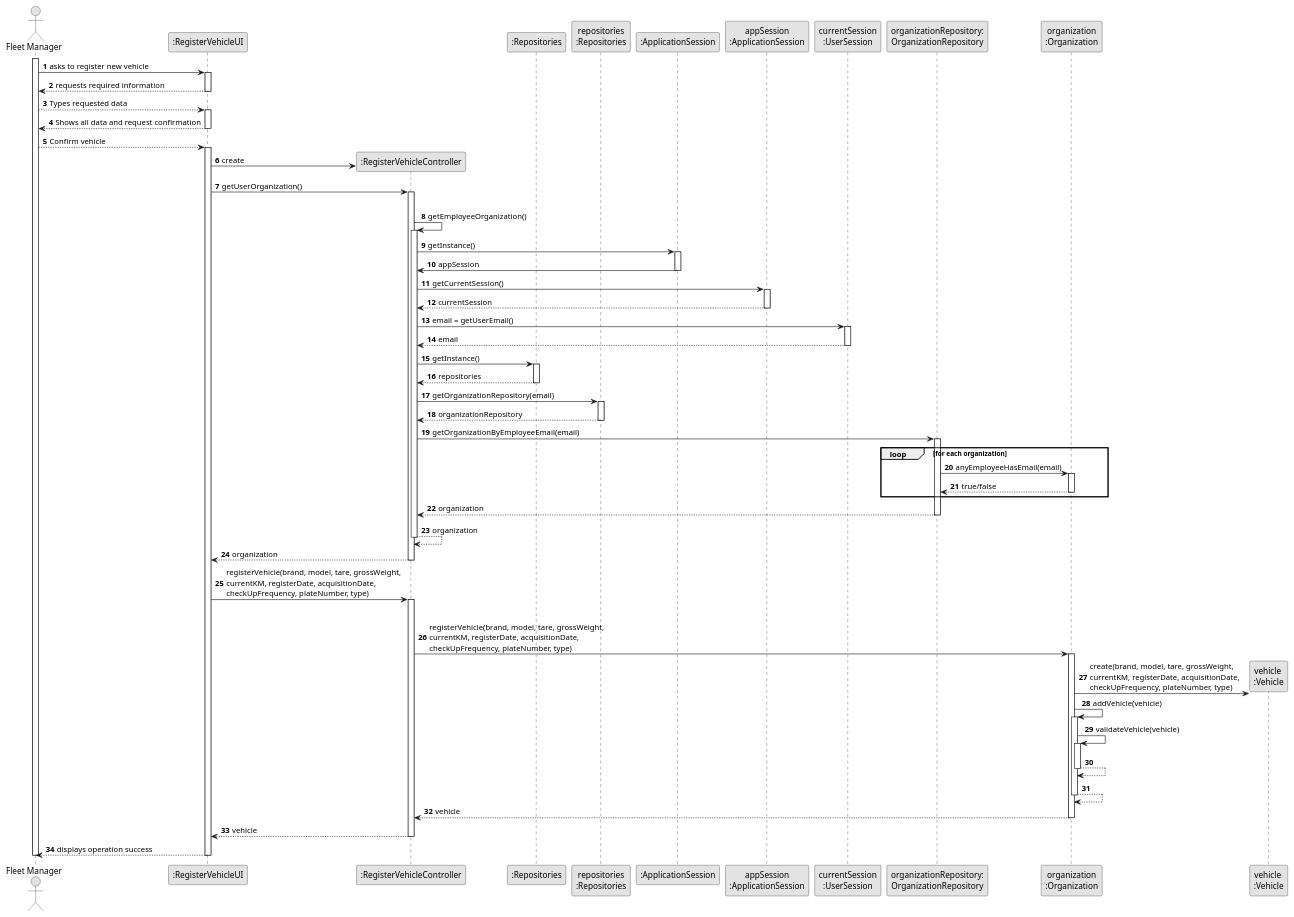
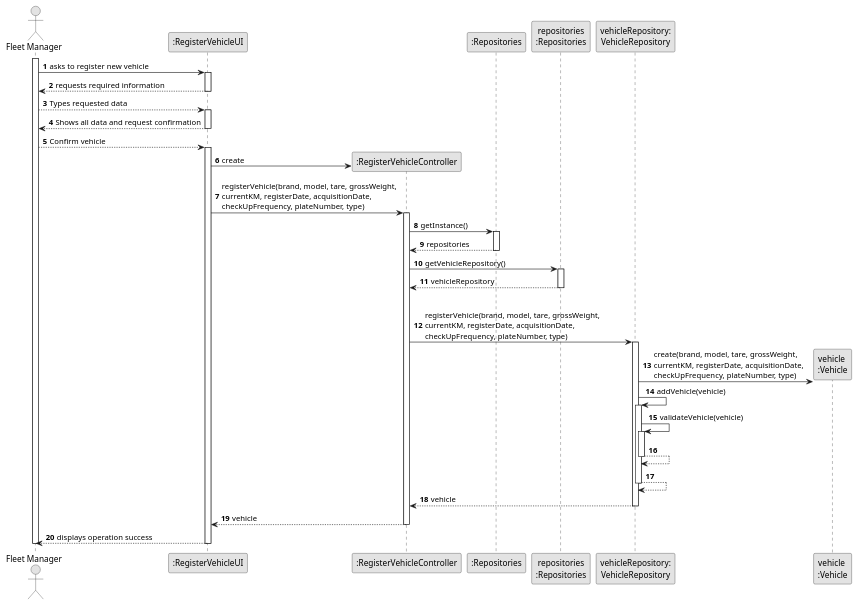
One commit to Departamento-de-Engenharia-Informatica/lei-24-s2-1dkl-g134 changed the diagram in docs/sprintB/us006/03.design/puml/us006-sequence-diagram-full.puml. Above: the diagram before and after it, drawn with PlantUML. The commit also changed 2 other files, not shown here.

```diff
--- a/docs/sprintB/us006/03.design/puml/us006-sequence-diagram-full.puml
+++ b/docs/sprintB/us006/03.design/puml/us006-sequence-diagram-full.puml
@@ -1,140 +1,88 @@
 @startuml
 skinparam monochrome true
 skinparam packageStyle rectangle
 skinparam shadowing false
 
 autonumber
 
 'hide footbox
 actor "Fleet Manager" as ADM
 participant ":RegisterVehicleUI" as UI
 participant ":RegisterVehicleController" as CTRL
 participant ":Repositories" as RepositorySingleton
 participant "repositories\n:Repositories" as PLAT
-participant ":ApplicationSession" as _APP
-participant "appSession\n:ApplicationSession" as APP
-participant "currentSession\n:UserSession" as SESSAO
-participant "organizationRepository:\nOrganizationRepository" as OrganizationRepository
-participant "organization\n:Organization" as ORG
+participant "vehicleRepository:\nVehicleRepository" as VehicleRepository
 participant "vehicle \n:Vehicle" as VEHICLE
 
 activate ADM
 
         ADM -> UI : asks to register new vehicle
 
         activate UI
 
 '            UI --> ADM : requests data (reference, description,  informal \n description, technical description, duration, cost)
             'create CTRL
 
             UI --> ADM : requests required information
 
          deactivate UI
 
             ADM --> UI : Types requested data
 
          activate UI
 
            UI --> ADM : Shows all data and request confirmation
 
          deactivate UI
 
             ADM --> UI : Confirm vehicle
 
         activate UI
 
 '            UI --> ADM : requests data (reference, description,  informal \n description, technical description, duration, cost)
             'create CTRL
             UI -> CTRL** : create
 
-            UI -> CTRL : getUserOrganization()
-            activate CTRL
-
-                |||
-                CTRL -> CTRL : getEmployeeOrganization()
-                activate CTRL
-
-                    CTRL -> _APP: getInstance()
-                    activate _APP
-                        _APP -> CTRL: appSession
-                    deactivate _APP
-
-
-                    CTRL -> APP: getCurrentSession()
-                    activate APP
-
-                        APP --> CTRL: currentSession
-                    deactivate APP
-
-                    CTRL -> SESSAO: email = getUserEmail()
-                    activate SESSAO
-
-                        SESSAO --> CTRL: email
-                    deactivate SESSAO
-
-                    CTRL -> RepositorySingleton: getInstance()
-                    activate RepositorySingleton
-
-                    RepositorySingleton --> CTRL: repositories
-                    deactivate RepositorySingleton
-
-                    CTRL -> PLAT: getOrganizationRepository(email)
-                    activate PLAT
-
-                        PLAT --> CTRL: organizationRepository
-                    deactivate PLAT
-
-
-                    CTRL -> OrganizationRepository: getOrganizationByEmployeeEmail(email)
-                    activate OrganizationRepository
-
-                        loop for each organization
-
-                            OrganizationRepository -> ORG : anyEmployeeHasEmail(email)
-                            activate ORG
-
-                                 ORG --> OrganizationRepository : true/false
-                            deactivate ORG
-                        end
-                        OrganizationRepository --> CTRL : organization
-                    deactivate OrganizationRepository
-
-                    CTRL --> CTRL : organization
-                deactivate CTRL
-
-                CTRL --> UI : organization
-            deactivate CTRL
-
-
         UI -> CTRL : registerVehicle(brand, model, tare, grossWeight,\ncurrentKM, registerDate, acquisitionDate,\ncheckUpFrequency, plateNumber, type)
         activate CTRL
 
+            CTRL -> RepositorySingleton: getInstance()
+            activate RepositorySingleton
+
+            RepositorySingleton --> CTRL: repositories
+            deactivate RepositorySingleton
+
+            CTRL -> PLAT: getVehicleRepository()
+            activate PLAT
+
+                PLAT --> CTRL: vehicleRepository
+            deactivate PLAT
             |||
-            CTRL -> ORG: registerVehicle(brand, model, tare, grossWeight,\ncurrentKM, registerDate, acquisitionDate,\ncheckUpFrequency, plateNumber, type)
-            activate ORG
+            CTRL -> VehicleRepository: registerVehicle(brand, model, tare, grossWeight,\ncurrentKM, registerDate, acquisitionDate,\ncheckUpFrequency, plateNumber, type)
+            activate VehicleRepository
 
-                ORG -> VEHICLE**: create(brand, model, tare, grossWeight,\ncurrentKM, registerDate, acquisitionDate,\ncheckUpFrequency, plateNumber, type)
-                ORG -> ORG: addVehicle(vehicle)
+                VehicleRepository -> VEHICLE**: create(brand, model, tare, grossWeight,\ncurrentKM, registerDate, acquisitionDate,\ncheckUpFrequency, plateNumber, type)
+                VehicleRepository -> VehicleRepository: addVehicle(vehicle)
 
 
-                activate ORG
-                    ORG -> ORG: validateVehicle(vehicle)
-                    activate ORG
-                        ORG --> ORG
-                    deactivate ORG
+                activate VehicleRepository
+                    VehicleRepository -> VehicleRepository: validateVehicle(vehicle)
+                    activate VehicleRepository
+                        VehicleRepository --> VehicleRepository
+                    deactivate VehicleRepository
 
-                    ORG --> ORG
-                deactivate ORG
+                    VehicleRepository --> VehicleRepository
+                deactivate VehicleRepository
 
-                ORG --> CTRL : vehicle
+                VehicleRepository --> CTRL : vehicle
 
-            deactivate ORG
+            deactivate VehicleRepository
 
             CTRL --> UI: vehicle
             deactivate CTRL
             UI --> ADM: displays operation success
     deactivate UI
 
 deactivate ADM
 
 @enduml
```
